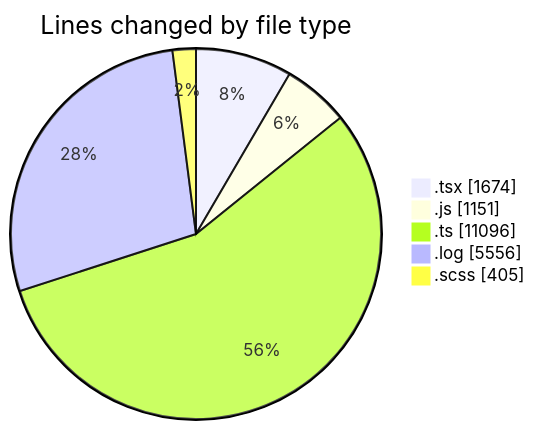
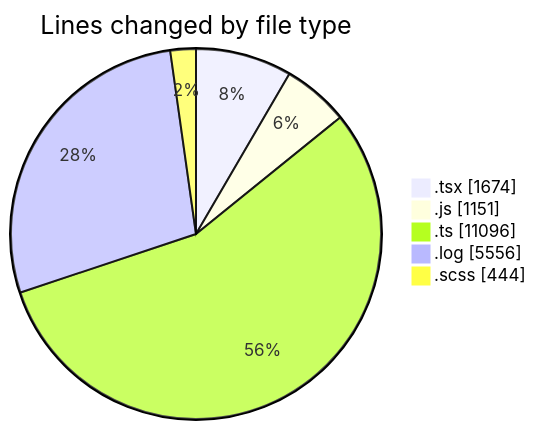
Before and after one commit to momahboobian/code-tracking: the first of 2 diagrams in 2026-04-09/cda/README.md, drawn with Mermaid. The commit also changed other lines of this file and 1 other file, not shown here.

````diff
--- a/2026-04-09/cda/README.md
+++ b/2026-04-09/cda/README.md
@@ -32,9 +32,9 @@
 ```mermaid
 pie showData
 title Lines changed by file type
 ".tsx" : 1674
 ".js" : 1151
 ".ts" : 11096
 ".log" : 5556
-".scss" : 405
+".scss" : 444
 ```
````
